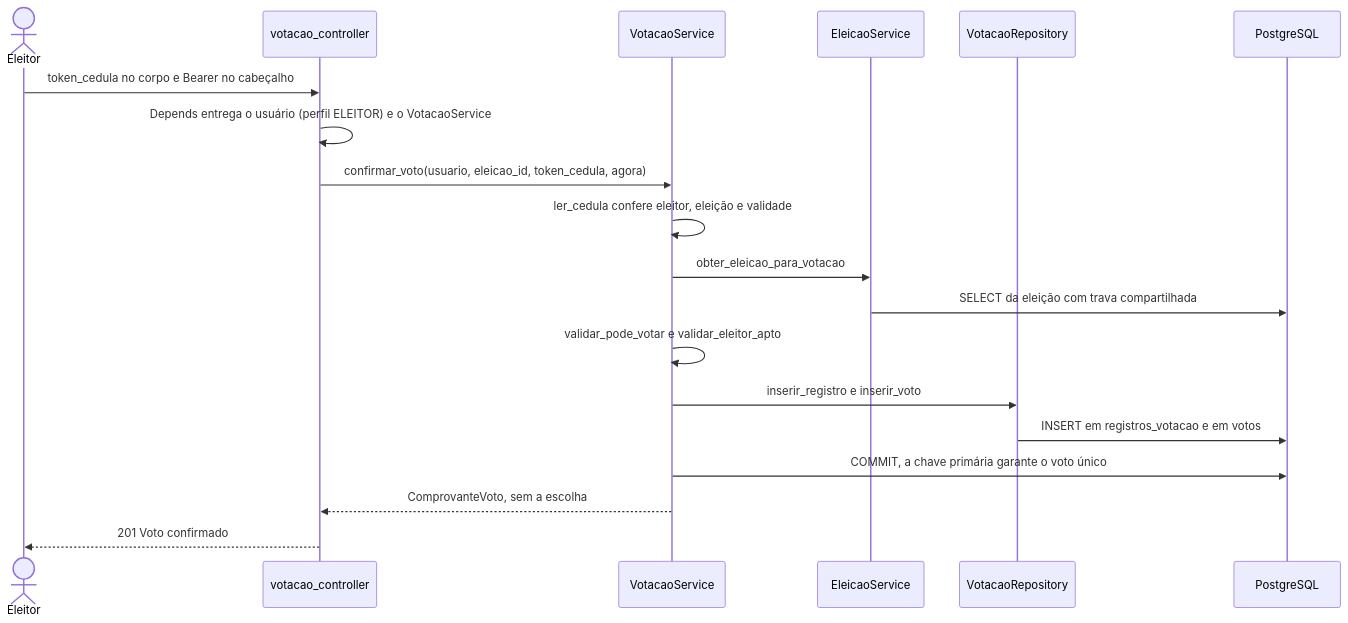
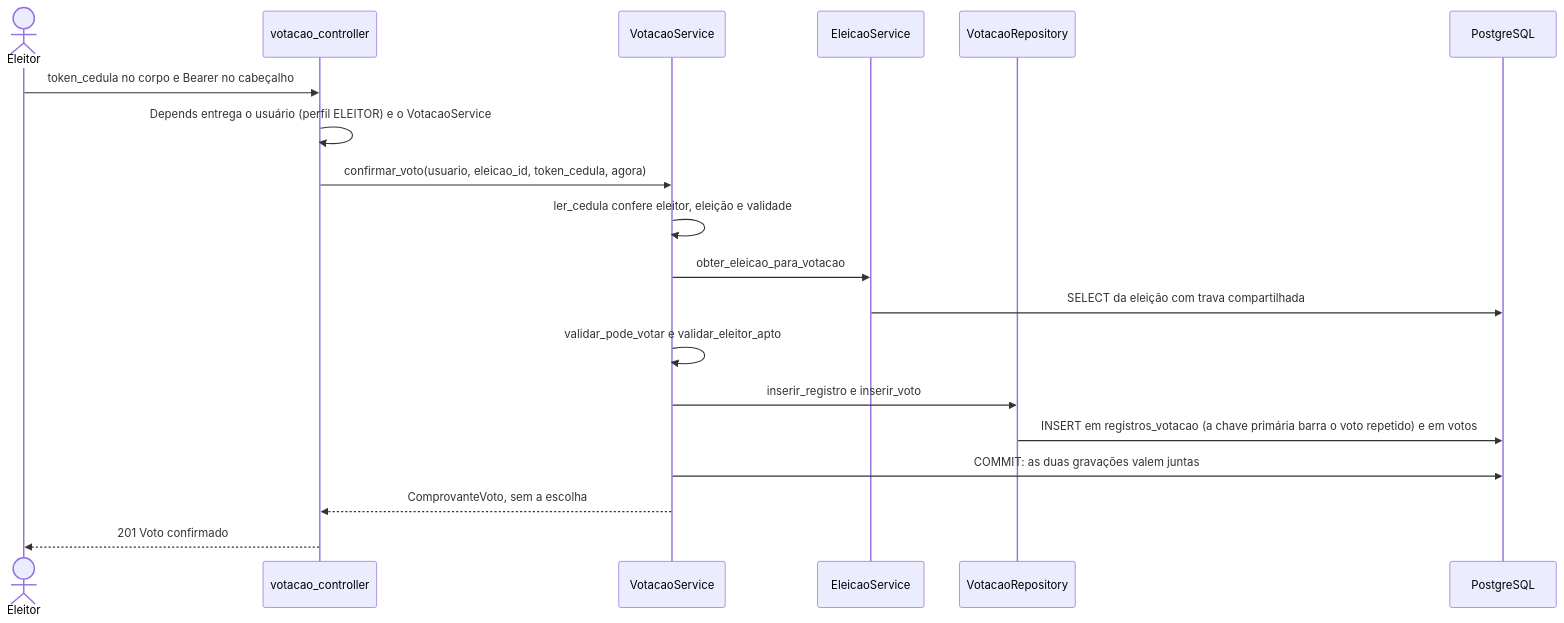
The second of 3 diagrams in README.md (marcoslacaille/trab-es2), drawn with Mermaid before and after one commit. The commit also changed other lines of this file and 1 other file, not shown here.

````diff
--- a/README.md
+++ b/README.md
@@ -92,21 +92,21 @@
 ```mermaid
 sequenceDiagram
     actor E as Eleitor
     participant C as votacao_controller
     participant S as VotacaoService
     participant L as EleicaoService
     participant R as VotacaoRepository
     participant B as PostgreSQL
     E->>C: token_cedula no corpo e Bearer no cabeçalho
     C->>C: Depends entrega o usuário (perfil ELEITOR) e o VotacaoService
     C->>S: confirmar_voto(usuario, eleicao_id, token_cedula, agora)
     S->>S: ler_cedula confere eleitor, eleição e validade
     S->>L: obter_eleicao_para_votacao
     L->>B: SELECT da eleição com trava compartilhada
     S->>S: validar_pode_votar e validar_eleitor_apto
     S->>R: inserir_registro e inserir_voto
-    R->>B: INSERT em registros_votacao e em votos
-    S->>B: COMMIT, a chave primária garante o voto único
+    R->>B: INSERT em registros_votacao (a chave primária barra o voto repetido) e em votos
+    S->>B: COMMIT: as duas gravações valem juntas
     S-->>C: ComprovanteVoto, sem a escolha
     C-->>E: 201 Voto confirmado
 ```
````
